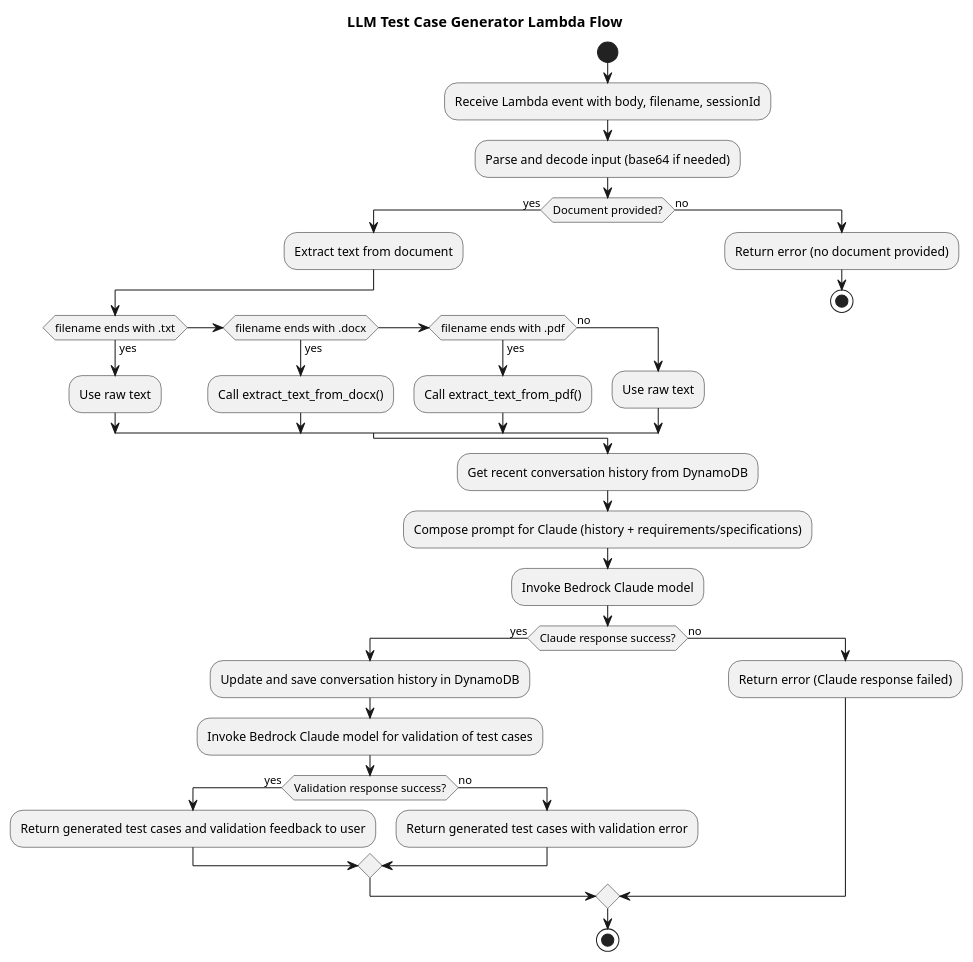
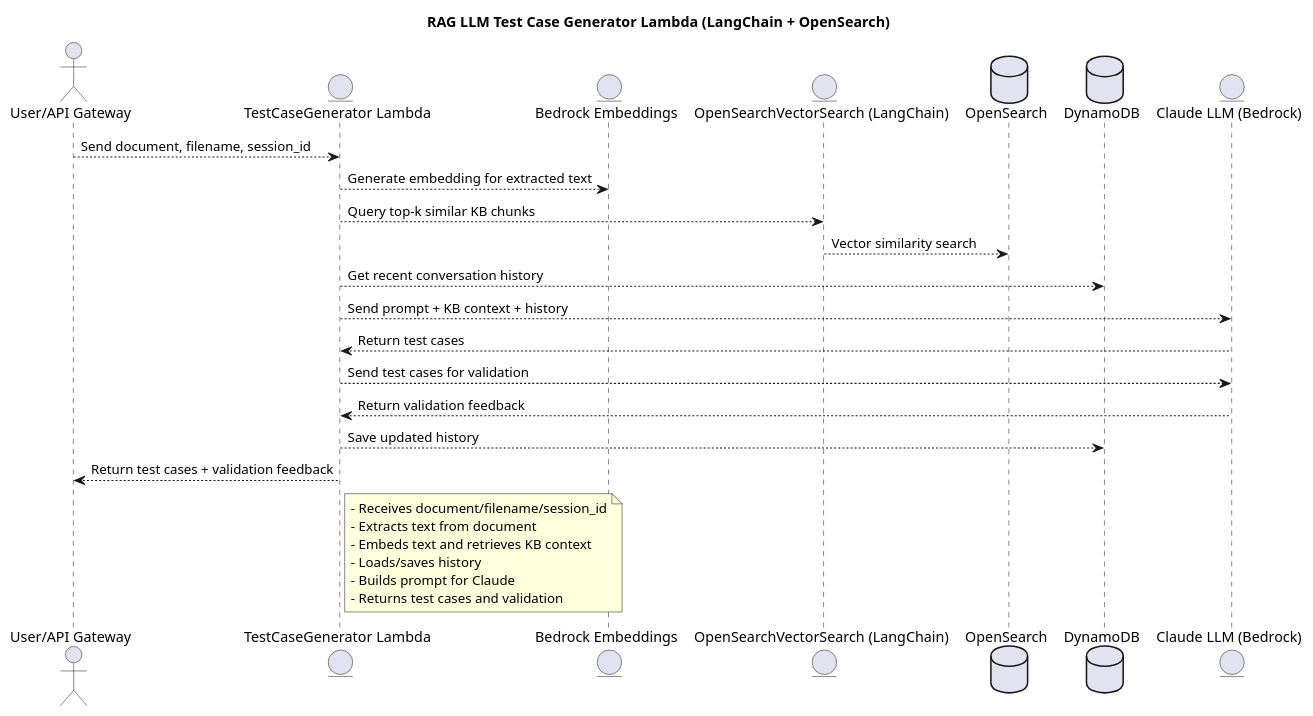
Before and after one commit to pavanchanduri/RAGChatbot: the diagram in llmtestcasegenerator/PUML Diagrams/llmtestcasegenerator.puml, drawn with PlantUML. The commit also changed 4 other files, not shown here.

Commit message:
Modified LLM Testcase generator implementation

```diff
--- a/llmtestcasegenerator/PUML Diagrams/llmtestcasegenerator.puml
+++ b/llmtestcasegenerator/PUML Diagrams/llmtestcasegenerator.puml
@@ -1,42 +1,33 @@
-@startuml LLMTestCaseGenerator
-title LLM Test Case Generator Lambda Flow
+@startuml llmtestcasegenerator
+title RAG LLM Test Case Generator Lambda (LangChain + OpenSearch)
 
-start
+actor "User/API Gateway" as User
+entity "TestCaseGenerator Lambda" as Lambda
+entity "Bedrock Embeddings" as BedrockEmbed
+entity "OpenSearchVectorSearch (LangChain)" as VectorSearch
+database "OpenSearch" as OS
+database "DynamoDB" as Dynamo
+entity "Claude LLM (Bedrock)" as Claude
 
-:Receive Lambda event with body, filename, sessionId;
-:Parse and decode input (base64 if needed);
+User --> Lambda : Send document, filename, session_id
+Lambda --> BedrockEmbed : Generate embedding for extracted text
+Lambda --> VectorSearch : Query top-k similar KB chunks
+VectorSearch --> OS : Vector similarity search
+Lambda --> Dynamo : Get recent conversation history
+Lambda --> Claude : Send prompt + KB context + history
+Claude --> Lambda : Return test cases
+Lambda --> Claude : Send test cases for validation
+Claude --> Lambda : Return validation feedback
+Lambda --> Dynamo : Save updated history
+Lambda --> User : Return test cases + validation feedback
 
-if (Document provided?) then (yes)
-    :Extract text from document;
-    if (filename ends with .txt) then (yes)
-        :Use raw text;
-    else if (filename ends with .docx) then (yes)
-        :Call extract_text_from_docx();
-    else if (filename ends with .pdf) then (yes)
-        :Call extract_text_from_pdf();
-    else (no)
-        :Use raw text;
-    endif
-else (no)
-    :Return error (no document provided);
-    stop
-endif
+note right of Lambda
+- Receives document/filename/session_id
+- Extracts text from document
+- Embeds text and retrieves KB context
+- Loads/saves history
+- Builds prompt for Claude
+- Returns test cases and validation
+end note
 
-:Get recent conversation history from DynamoDB;
-:Compose prompt for Claude (history + requirements/specifications);
-
-:Invoke Bedrock Claude model;
-if (Claude response success?) then (yes)
-    :Update and save conversation history in DynamoDB;
-    :Invoke Bedrock Claude model for validation of test cases;
-    if (Validation response success?) then (yes)
-        :Return generated test cases and validation feedback to user;
-    else (no)
-        :Return generated test cases with validation error;
-    endif
-else (no)
-    :Return error (Claude response failed);
-endif
-
-stop
 @enduml
```
